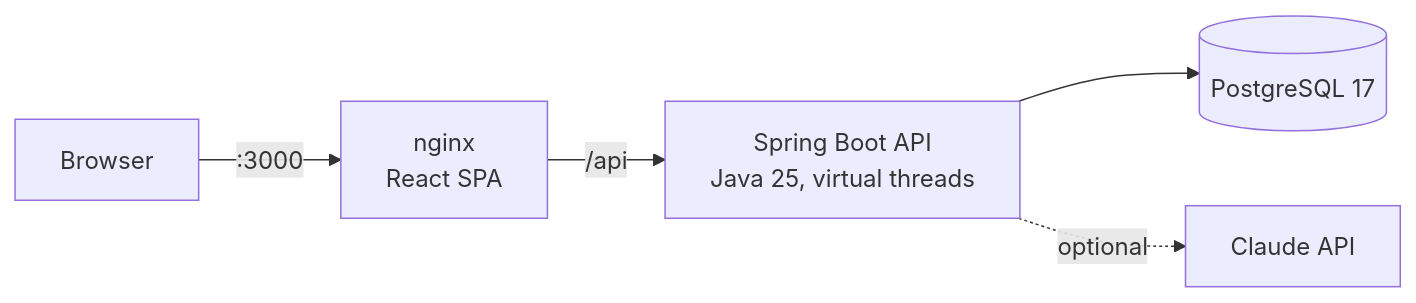
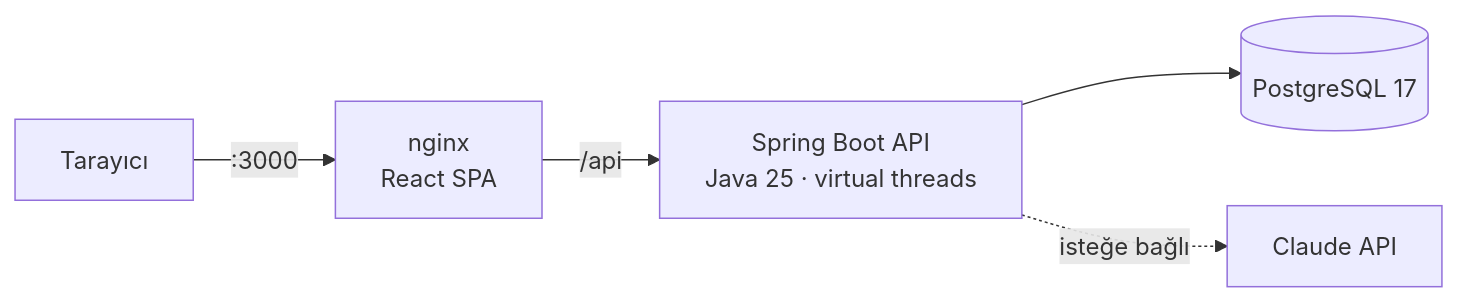
One commit to mrfiratatalay/Turkcell-Skillhub changed the diagram in README.md. Above: the diagram before and after it, drawn with Mermaid. The commit also changed other lines of this file and 18 other files, not shown here.

````diff
--- a/README.md
+++ b/README.md
@@ -142,7 +148,7 @@
 ```mermaid
 flowchart LR
-    B[Browser] -->|:3000| N["nginx<br/>React SPA"]
-    N -->|/api| A["Spring Boot API<br/>Java 25, virtual threads"]
-    A --> D[(PostgreSQL 17)]
-    A -.->|optional| C[Claude API]
+    B[Tarayıcı] -->|:3000| N["nginx<br/>React SPA"]
+    N -->|/api| A["Spring Boot API<br/>Java 25 · virtual threads"]
+    A --> D[("PostgreSQL 17")]
+    A -.->|isteğe bağlı| C["Claude API"]
 ```
````
